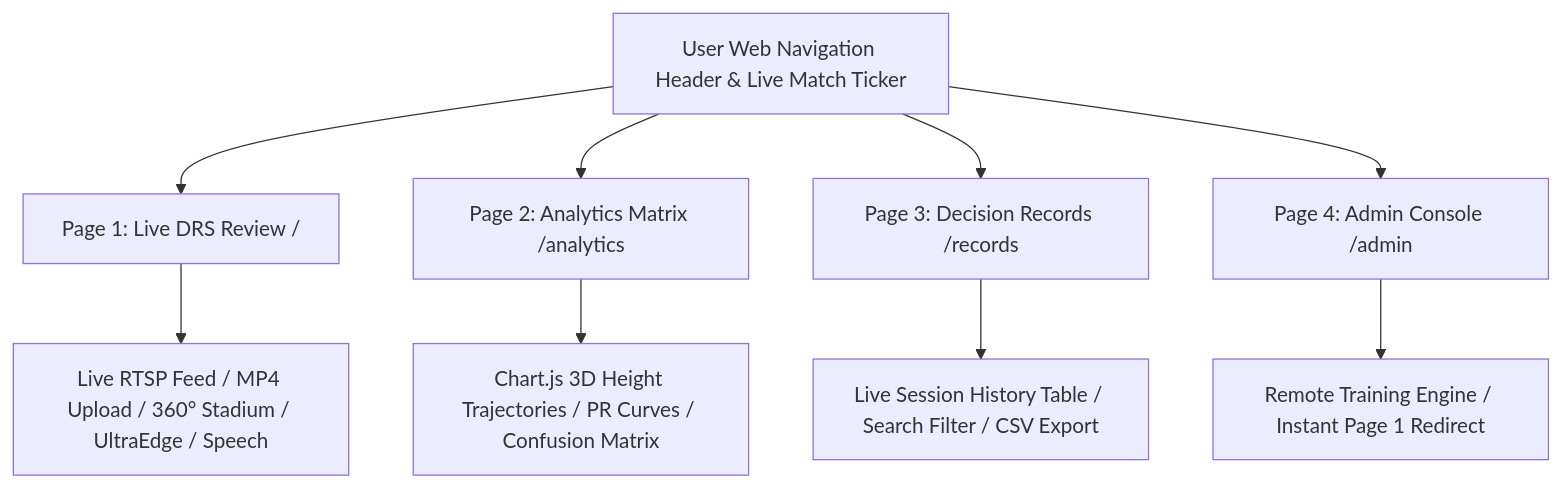
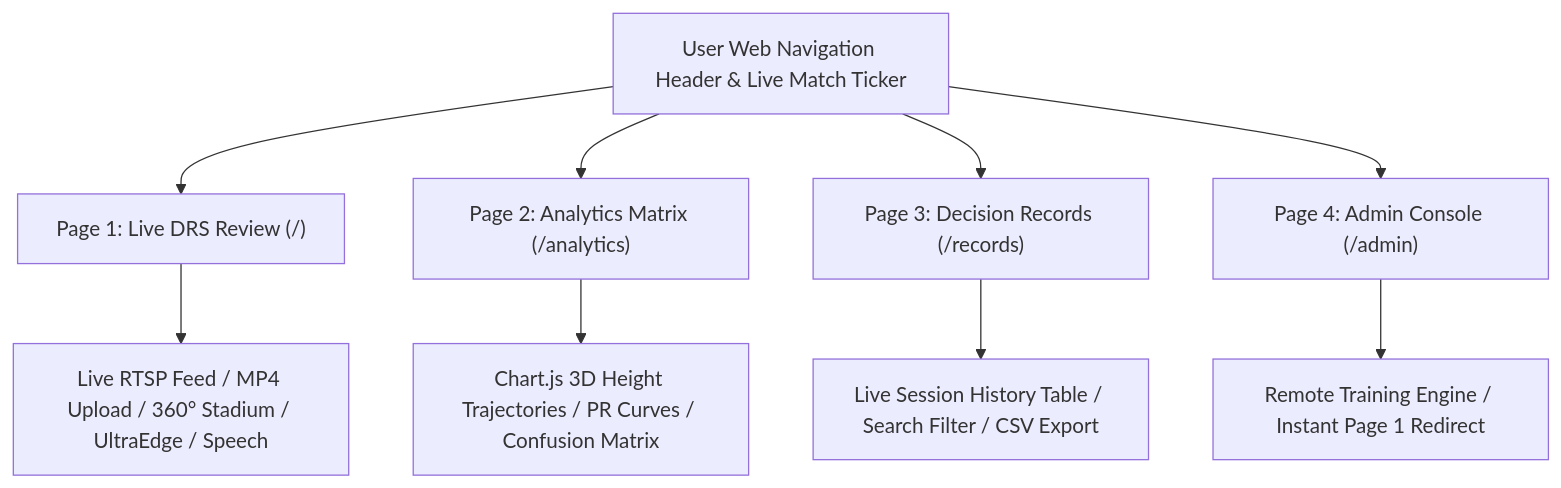
Before and after one commit to udbhav968-creator/opencv: the third of 12 diagrams in README.md, drawn with Mermaid. The commit also changed other lines of this file, not shown here.

Commit message:
fix(docs): Fix Mermaid node double quote syntax across all 12 flowcharts for 100% clean GitHub rendering with zero errors

````diff
--- a/README.md
+++ b/README.md
@@ -57,12 +61,12 @@
 ```mermaid
 flowchart TD
-    A[User Web Navigation Header & Live Match Ticker] --> B[Page 1: Live DRS Review /]
-    A --> C[Page 2: Analytics Matrix /analytics]
-    A --> D[Page 3: Decision Records /records]
-    A --> E[Page 4: Admin Console /admin]
+    A["User Web Navigation Header & Live Match Ticker"] --> B["Page 1: Live DRS Review (/)"]
+    A --> C["Page 2: Analytics Matrix (/analytics)"]
+    A --> D["Page 3: Decision Records (/records)"]
+    A --> E["Page 4: Admin Console (/admin)"]
 
-    B --> F[Live RTSP Feed / MP4 Upload / 360° Stadium / UltraEdge / Speech]
-    C --> G[Chart.js 3D Height Trajectories / PR Curves / Confusion Matrix]
-    D --> H[Live Session History Table / Search Filter / CSV Export]
-    E --> I[Remote Training Engine / Instant Page 1 Redirect]
+    B --> F["Live RTSP Feed / MP4 Upload / 360° Stadium / UltraEdge / Speech"]
+    C --> G["Chart.js 3D Height Trajectories / PR Curves / Confusion Matrix"]
+    D --> H["Live Session History Table / Search Filter / CSV Export"]
+    E --> I["Remote Training Engine / Instant Page 1 Redirect"]
 ```
````
